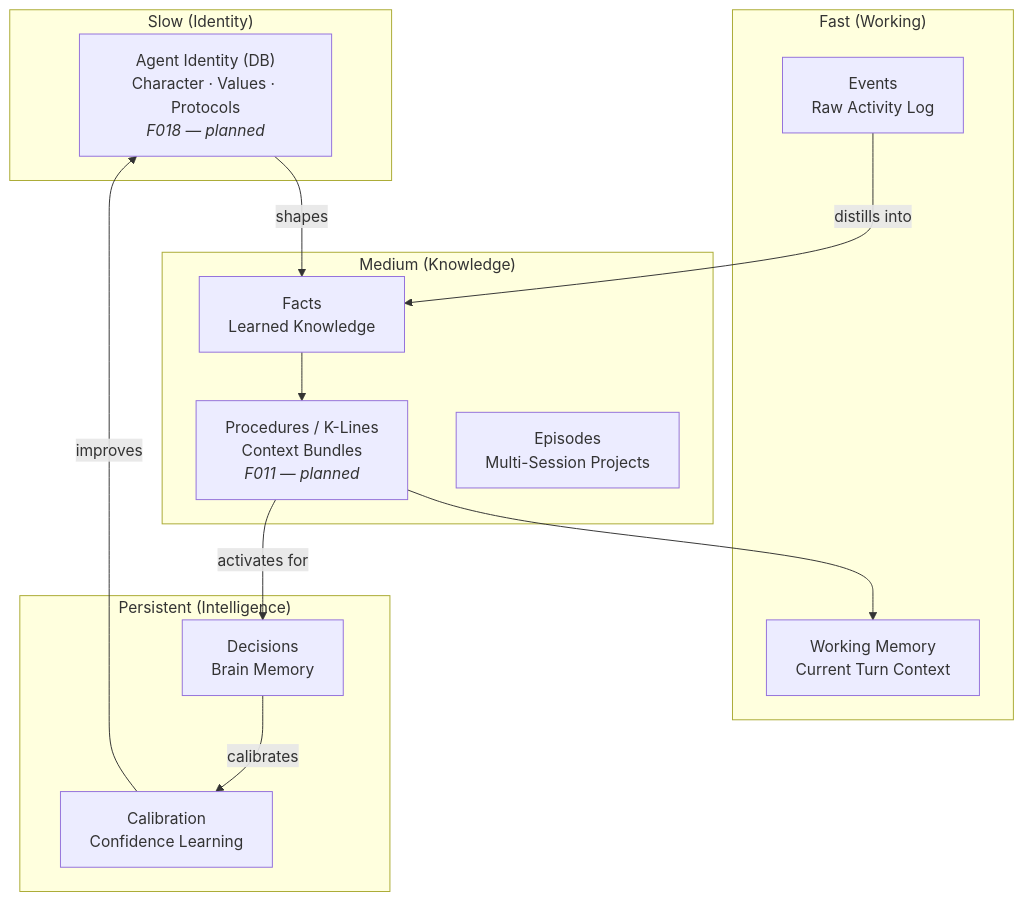
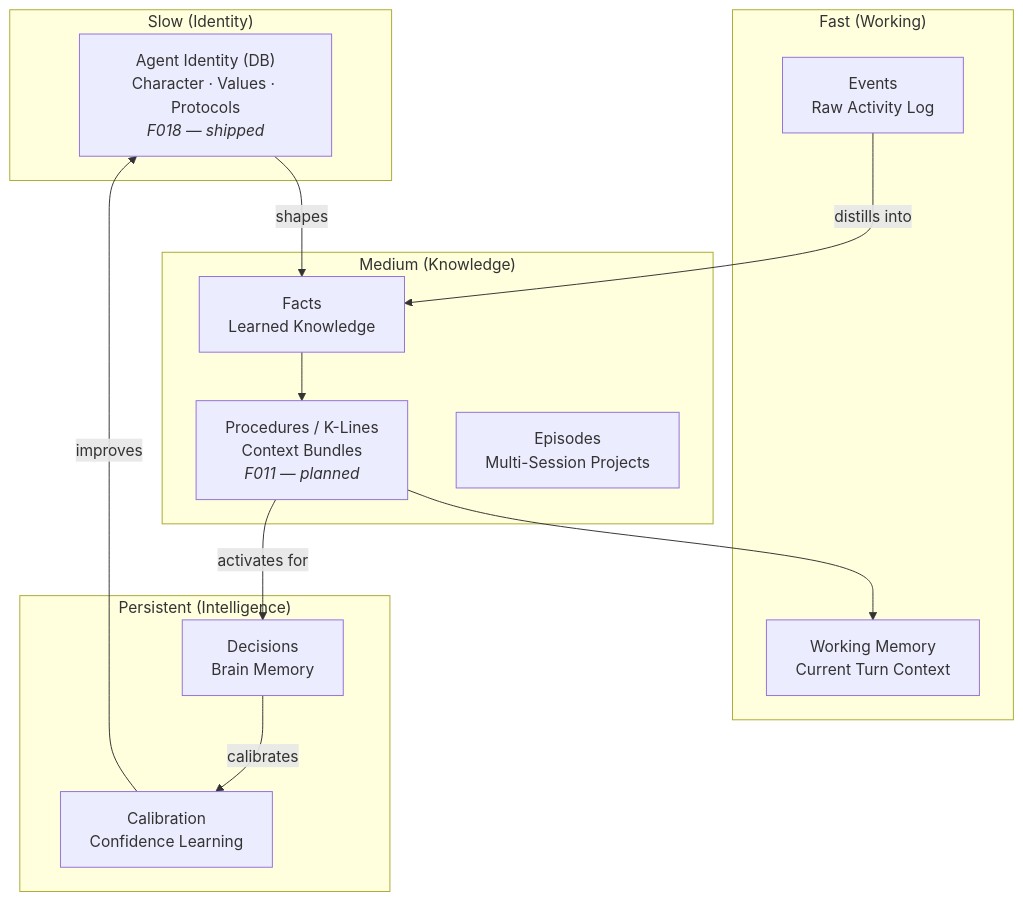
Before and after one commit to tfatykhov/newton: the second of 4 diagrams in README.md, drawn with Mermaid. The commit also changed other lines of this file and 1 other file, not shown here.

````diff
--- a/README.md
+++ b/README.md
@@ -138,30 +138,30 @@
 ```mermaid
 graph TB
     subgraph "Slow (Identity)"
-        ID["Agent Identity (DB)<br/>Character · Values · Protocols<br/><i>F018 — planned</i>"]
+        ID["Agent Identity (DB)<br/>Character · Values · Protocols<br/><i>F018 — shipped</i>"]
     end
 
     subgraph "Medium (Knowledge)"
         FACTS[Facts<br/>Learned Knowledge]
         KL["Procedures / K-Lines<br/>Context Bundles<br/><i>F011 — planned</i>"]
         EP[Episodes<br/>Multi-Session Projects]
     end
 
     subgraph "Fast (Working)"
         WM[Working Memory<br/>Current Turn Context]
         EV[Events<br/>Raw Activity Log]
     end
 
     subgraph "Persistent (Intelligence)"
         DEC[Decisions<br/>Brain Memory]
         CAL[Calibration<br/>Confidence Learning]
     end
 
     ID -->|shapes| FACTS
     FACTS --> KL
     KL --> WM
     EV -->|distills into| FACTS
     DEC -->|calibrates| CAL
     KL -->|activates for| DEC
     CAL -->|improves| ID
 ```
````
